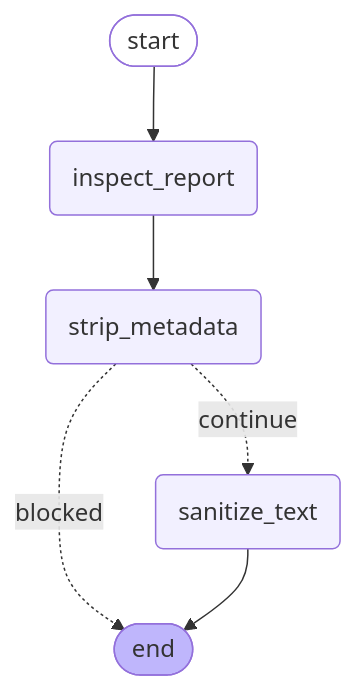
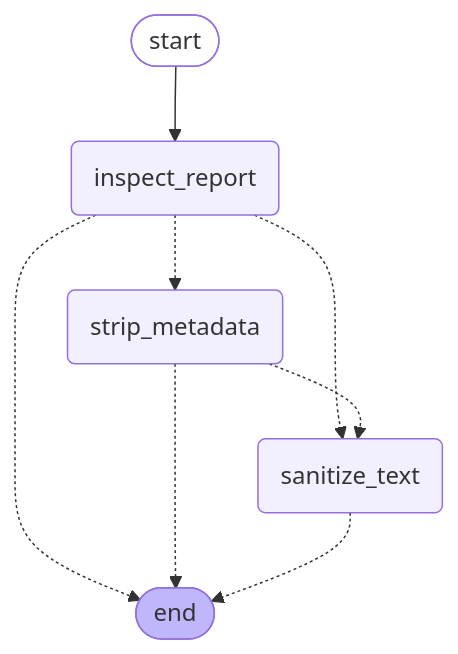
The first of 2 diagrams in docs/diagrams/privacy-graph.md (JoshK00/ortsbild), drawn with Mermaid before and after one commit. The commit also changed other lines of this file and 7 other files, not shown here.

````diff
--- a/docs/diagrams/privacy-graph.md
+++ b/docs/diagrams/privacy-graph.md
@@ -5,16 +5,18 @@
 ```mermaid
 graph TD;
 	__start__([start]):::first
 	inspect_report(inspect_report)
 	strip_metadata(strip_metadata)
 	sanitize_text(sanitize_text)
 	__end__([end]):::last
 	__start__ --> inspect_report;
-	inspect_report --> strip_metadata;
-	strip_metadata -. blocked .-> __end__;
-	strip_metadata -. continue .-> sanitize_text;
-	sanitize_text --> __end__;
+	inspect_report -.-> strip_metadata;
+	inspect_report -.-> sanitize_text;
+	inspect_report -.-> __end__;
+	strip_metadata -.-> sanitize_text;
+	strip_metadata -.-> __end__;
+	sanitize_text -.-> __end__;
 	classDef default fill:#f2f0ff,line-height:1.2
 	classDef first fill-opacity:0
 	classDef last fill:#bfb6fc
 ```
````
